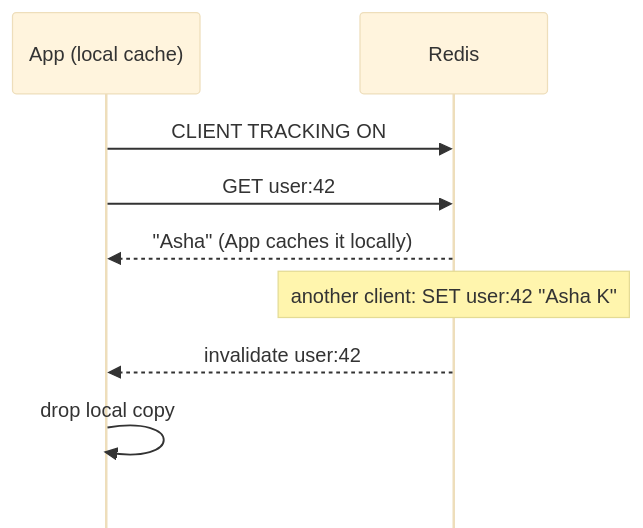
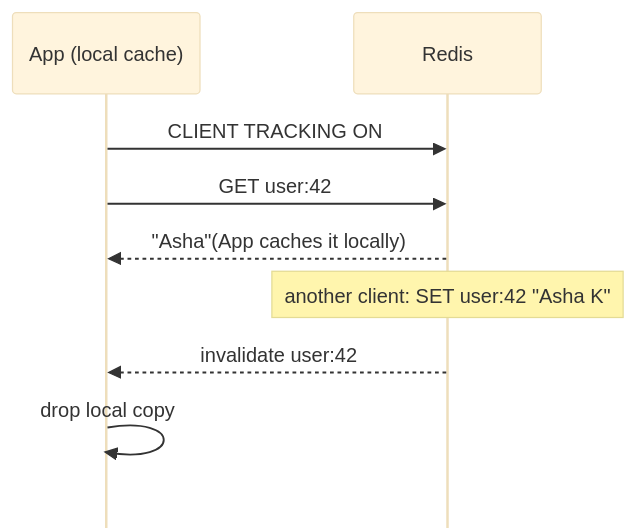
Diagram 21 of 53 in src/redis.md (jamal474/slides), drawn with Mermaid (base theme) before and after one commit. The commit also changed other lines of this file, not shown here.

````diff
--- a/src/redis.md
+++ b/src/redis.md
@@ -1073,12 +1070,12 @@
 ```mermaid
 %%{init: {"sequence": {"mirrorActors": false}}}%%
 sequenceDiagram
   participant App as App (local cache)
   participant R as Redis
   App->>R: CLIENT TRACKING ON
   App->>R: GET user:42
-  R-->>App: "Asha" (App caches it locally)
+  R-->>App: "Asha"(App caches it locally)
   Note over R: another client: SET user:42 "Asha K"
   R-->>App: invalidate user:42
   App->>App: drop local copy
 ```
````
